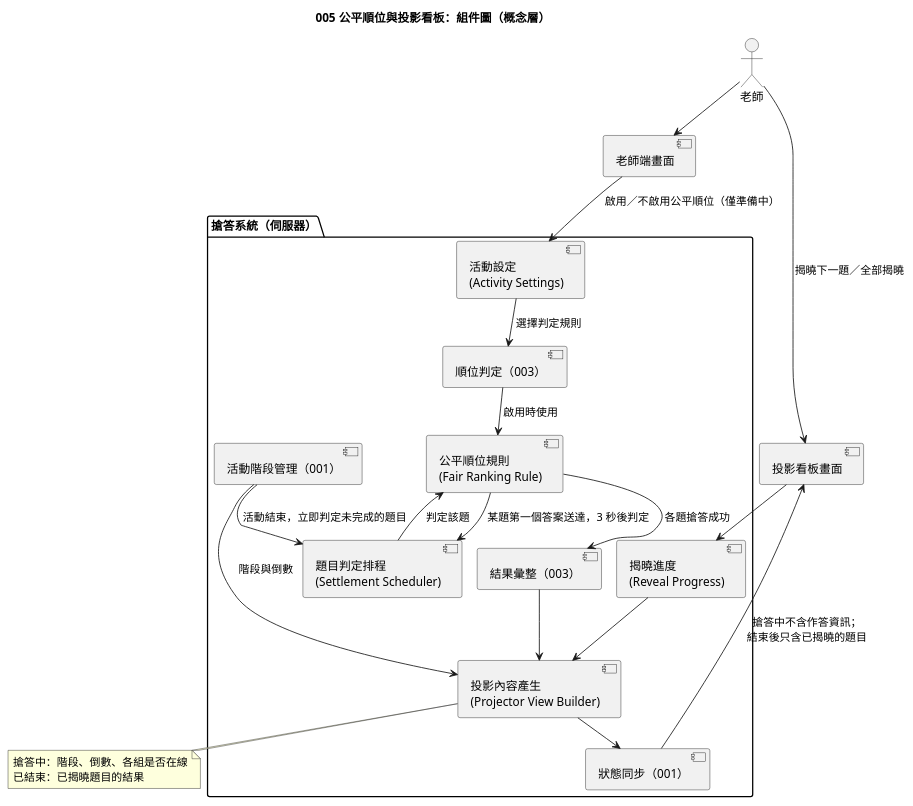
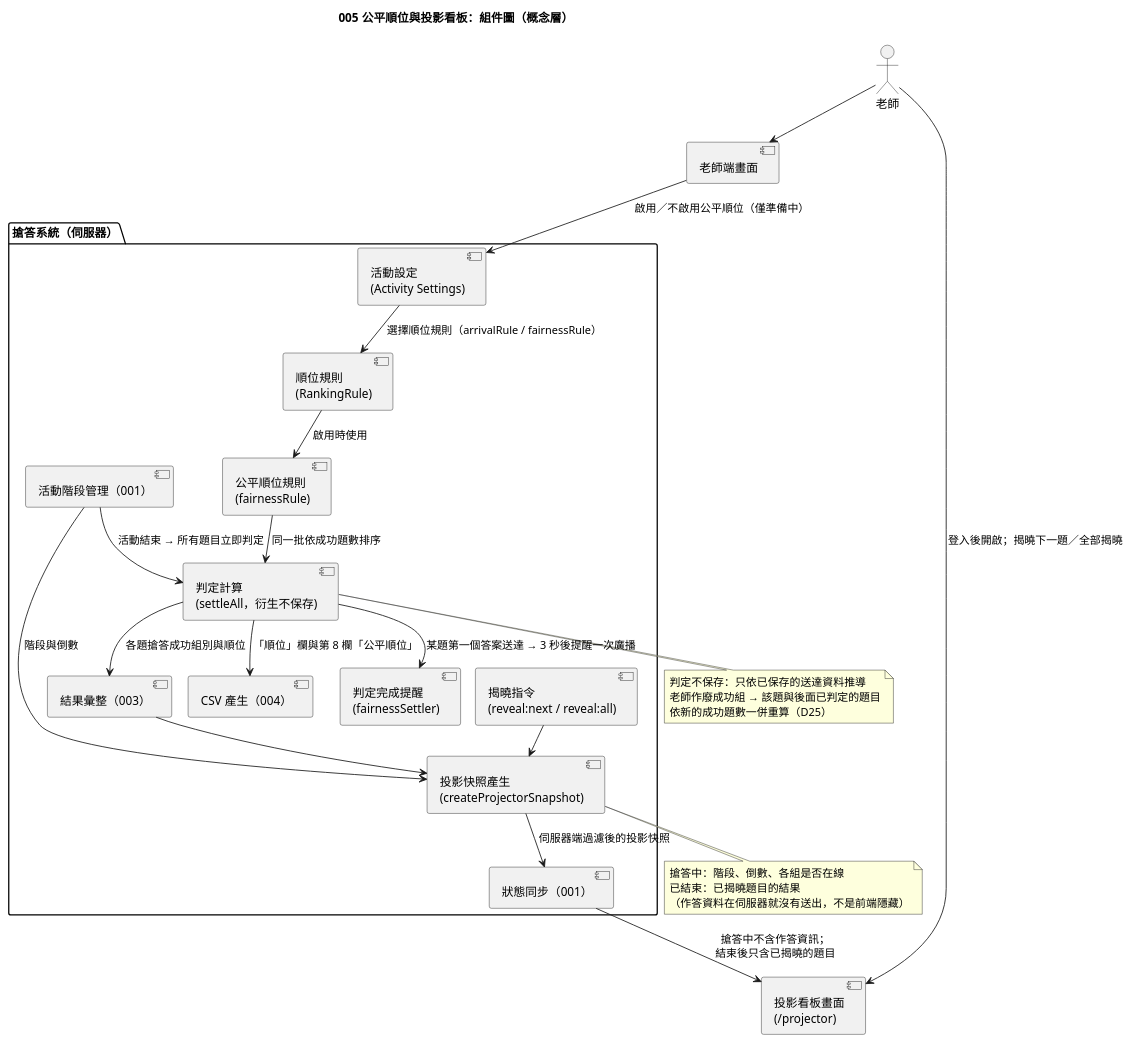
One commit to Danielweng0902/Answering-System_speckit changed the diagram in diagrams/005-fairness-and-extras-component.puml. Above: the diagram before and after it, drawn with PlantUML. The commit also changed 82 other files, not shown here.

```diff
--- a/diagrams/005-fairness-and-extras-component.puml
+++ b/diagrams/005-fairness-and-extras-component.puml
@@ -1,41 +1,50 @@
 @startuml
 !pragma layout smetana
 title 005 公平順位與投影看板：組件圖（概念層）
 
 actor 老師
 component "老師端畫面" as TeacherUI
-component "投影看板畫面" as Projector
+component "投影看板畫面\n(/projector)" as Projector
 
 package "搶答系統（伺服器）" {
   component "活動設定\n(Activity Settings)" as Settings
-  component "順位判定（003）" as Rank
-  component "公平順位規則\n(Fair Ranking Rule)" as Fair
-  component "題目判定排程\n(Settlement Scheduler)" as Sched
-  component "投影內容產生\n(Projector View Builder)" as PV
-  component "揭曉進度\n(Reveal Progress)" as Reveal
+  component "順位規則\n(RankingRule)" as Rank
+  component "公平順位規則\n(fairnessRule)" as Fair
+  component "判定計算\n(settleAll，衍生不保存)" as Settle
+  component "判定完成提醒\n(fairnessSettler)" as Sched
+  component "投影快照產生\n(createProjectorSnapshot)" as PV
+  component "揭曉指令\n(reveal:next / reveal:all)" as Reveal
   component "結果彙整（003）" as Result
+  component "CSV 產生（004）" as Csv
   component "狀態同步（001）" as Sync
   component "活動階段管理（001）" as Phase
 }
 
 老師 --> TeacherUI
-老師 --> Projector : 揭曉下一題／全部揭曉
+老師 --> Projector : 登入後開啟；揭曉下一題／全部揭曉
 TeacherUI --> Settings : 啟用／不啟用公平順位（僅準備中）
-Settings --> Rank : 選擇判定規則
+Settings --> Rank : 選擇順位規則（arrivalRule / fairnessRule）
 Rank --> Fair : 啟用時使用
-Fair --> Sched : 某題第一個答案送達，3 秒後判定
-Sched --> Fair : 判定該題
-Phase --> Sched : 活動結束，立即判定未完成的題目
-Fair --> Result : 各題搶答成功
-Projector --> Reveal
+Fair --> Settle : 同一批依成功題數排序
+Settle --> Sched : 某題第一個答案送達 → 3 秒後提醒一次廣播
+Phase --> Settle : 活動結束 → 所有題目立即判定
+Settle --> Result : 各題搶答成功組別與順位
+Settle --> Csv : 「順位」欄與第 8 欄「公平順位」
 Reveal --> PV
 Result --> PV
 Phase --> PV : 階段與倒數
-PV --> Sync
+PV --> Sync : 伺服器端過濾後的投影快照
 Sync --> Projector : 搶答中不含作答資訊；\n結束後只含已揭曉的題目
 
 note bottom of PV
   搶答中：階段、倒數、各組是否在線
   已結束：已揭曉題目的結果
+  （作答資料在伺服器就沒有送出，不是前端隱藏）
+end note
+
+note bottom of Settle
+  判定不保存：只依已保存的送達資料推導
+  老師作廢成功組 → 該題與後面已判定的題目
+  依新的成功題數一併重算（D25）
 end note
 @enduml
```
